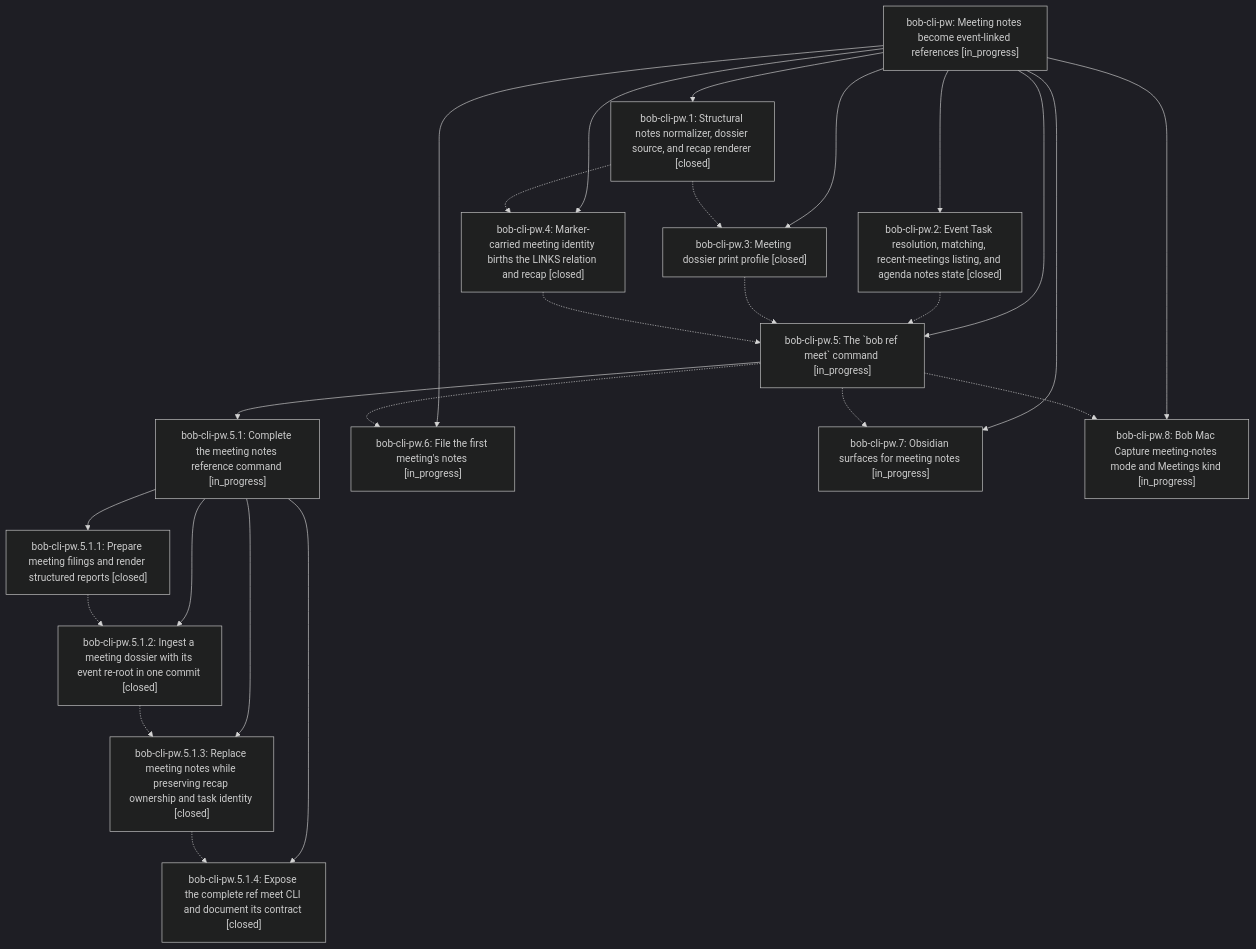
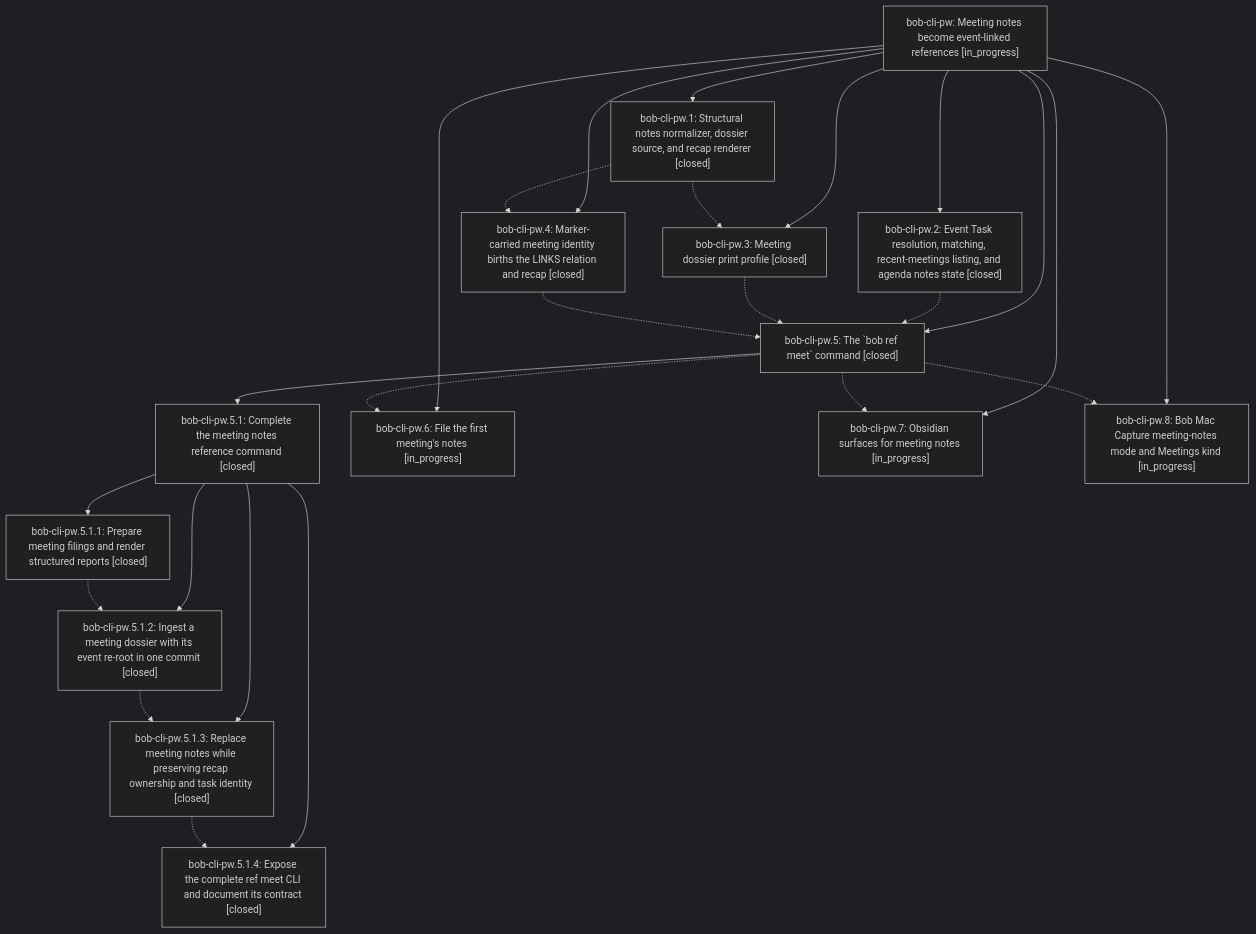
One commit to bobs-org/bob-cli--beads changed the diagram in pages/bob-cli-pw/README.md. Above: the diagram before and after it, drawn with Mermaid (dark theme). The commit also changed other lines of this file and 9 other files, not shown here.

First line of the commit message:
chore(beads): sync bead state and pages for bob-cli-pw

````diff
--- a/pages/bob-cli-pw/README.md
+++ b/pages/bob-cli-pw/README.md
@@ -53,41 +53,41 @@
 ```mermaid
 flowchart TD
     n0["bob-cli-pw: Meeting notes become event-linked references [in_progress]"]
     n1["bob-cli-pw.1: Structural notes normalizer, dossier source, and recap renderer [closed]"]
     n2["bob-cli-pw.2: Event Task resolution, matching, recent-meetings listing, and agenda notes state [closed]"]
     n3["bob-cli-pw.3: Meeting dossier print profile [closed]"]
     n4["bob-cli-pw.4: Marker-carried meeting identity births the LINKS relation and recap [closed]"]
-    n5["bob-cli-pw.5: The `bob ref meet` command [in_progress]"]
-    n6["bob-cli-pw.5.1: Complete the meeting notes reference command [in_progress]"]
+    n5["bob-cli-pw.5: The `bob ref meet` command [closed]"]
+    n6["bob-cli-pw.5.1: Complete the meeting notes reference command [closed]"]
     n7["bob-cli-pw.5.1.1: Prepare meeting filings and render structured reports [closed]"]
     n8["bob-cli-pw.5.1.2: Ingest a meeting dossier with its event re-root in one commit [closed]"]
     n9["bob-cli-pw.5.1.3: Replace meeting notes while preserving recap ownership and task identity [closed]"]
     n10["bob-cli-pw.5.1.4: Expose the complete ref meet CLI and document its contract [closed]"]
     n11["bob-cli-pw.6: File the first meeting's notes [in_progress]"]
     n12["bob-cli-pw.7: Obsidian surfaces for meeting notes [in_progress]"]
     n13["bob-cli-pw.8: Bob Mac Capture meeting-notes mode and Meetings kind [in_progress]"]
     n0 --> n1
     n0 --> n2
     n0 --> n3
     n0 --> n4
     n0 --> n5
     n5 --> n6
     n6 --> n7
     n6 --> n8
     n6 --> n9
     n6 --> n10
     n0 --> n11
     n0 --> n12
     n0 --> n13
     n1 -.-> n3
     n1 -.-> n4
     n2 -.-> n5
     n3 -.-> n5
     n4 -.-> n5
     n5 -.-> n11
     n5 -.-> n12
     n5 -.-> n13
     n7 -.-> n8
     n8 -.-> n9
     n9 -.-> n10
 ```
````
